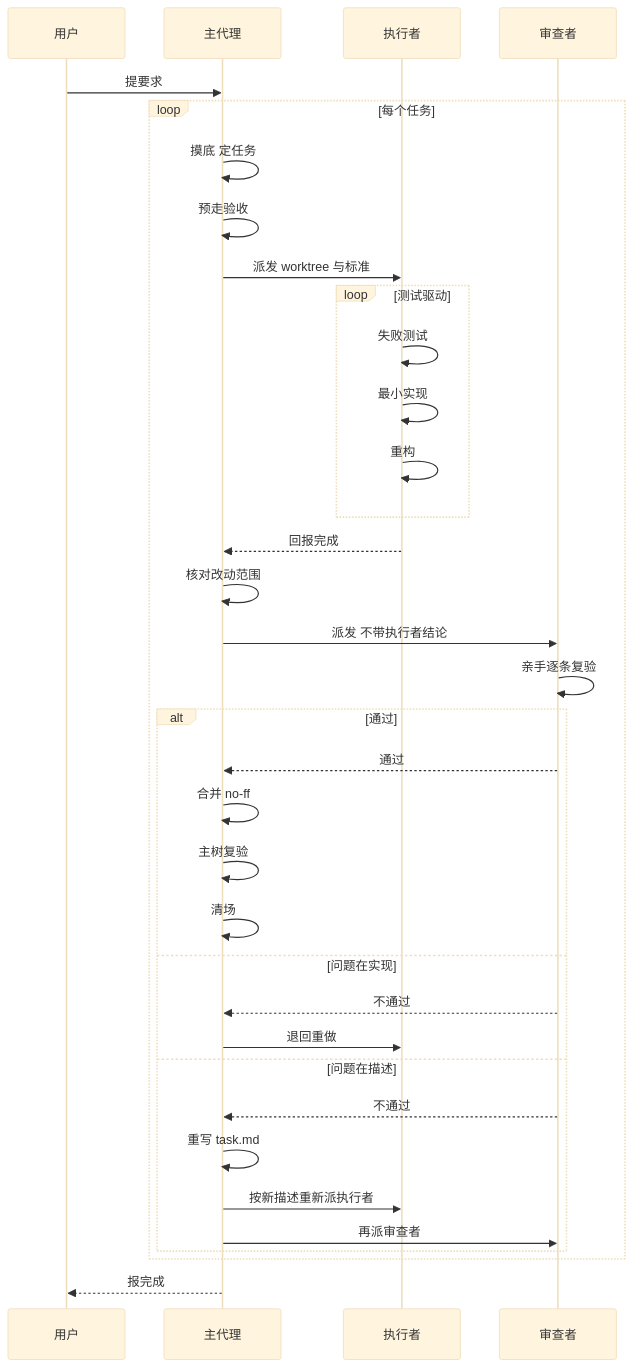
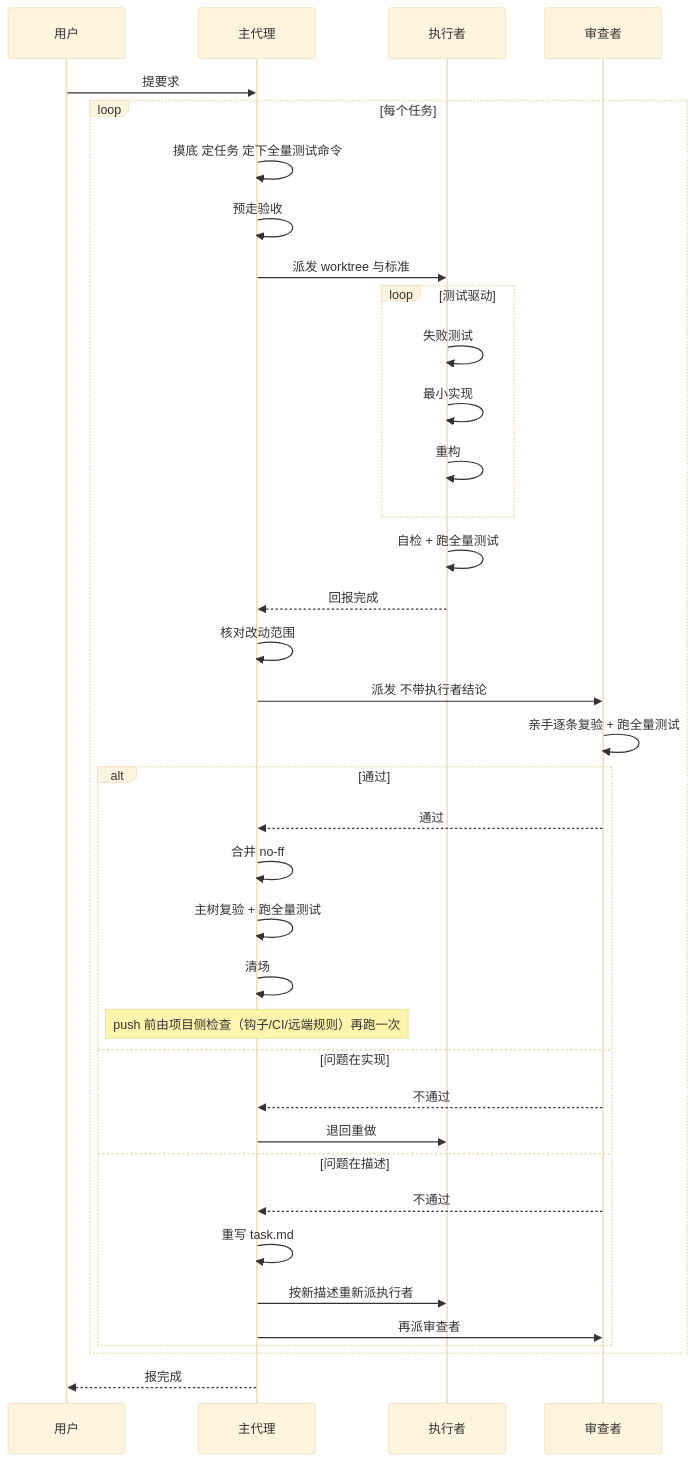
One commit to alexcdever/pipeline changed the diagram in SKILL.md. Above: the diagram before and after it, drawn with Mermaid (base theme). The commit also changed other lines of this file and 3 other files, not shown here.

````diff
--- a/SKILL.md
+++ b/SKILL.md
@@ -165,37 +165,39 @@
 ```mermaid
 sequenceDiagram
   participant U as 用户
   participant M as 主代理
   participant E as 执行者
   participant R as 审查者
   U->>M: 提要求
   loop 每个任务
-    M->>M: 摸底 定任务
+    M->>M: 摸底 定任务 定下全量测试命令
     M->>M: 预走验收
     M->>E: 派发 worktree 与标准
     loop 测试驱动
       E->>E: 失败测试
       E->>E: 最小实现
       E->>E: 重构
     end
+    E->>E: 自检 + 跑全量测试
     E-->>M: 回报完成
     M->>M: 核对改动范围
     M->>R: 派发 不带执行者结论
-    R->>R: 亲手逐条复验
+    R->>R: 亲手逐条复验 + 跑全量测试
     alt 通过
       R-->>M: 通过
       M->>M: 合并 no-ff
-      M->>M: 主树复验
+      M->>M: 主树复验 + 跑全量测试
       M->>M: 清场
+      Note over M: push 前由项目侧检查（钩子/CI/远端规则）再跑一次
     else 问题在实现
       R-->>M: 不通过
       M->>E: 退回重做
     else 问题在描述
       R-->>M: 不通过
       M->>M: 重写 task.md
       M->>E: 按新描述重新派执行者
       M->>R: 再派审查者
     end
   end
   M-->>U: 报完成
 ```
````
